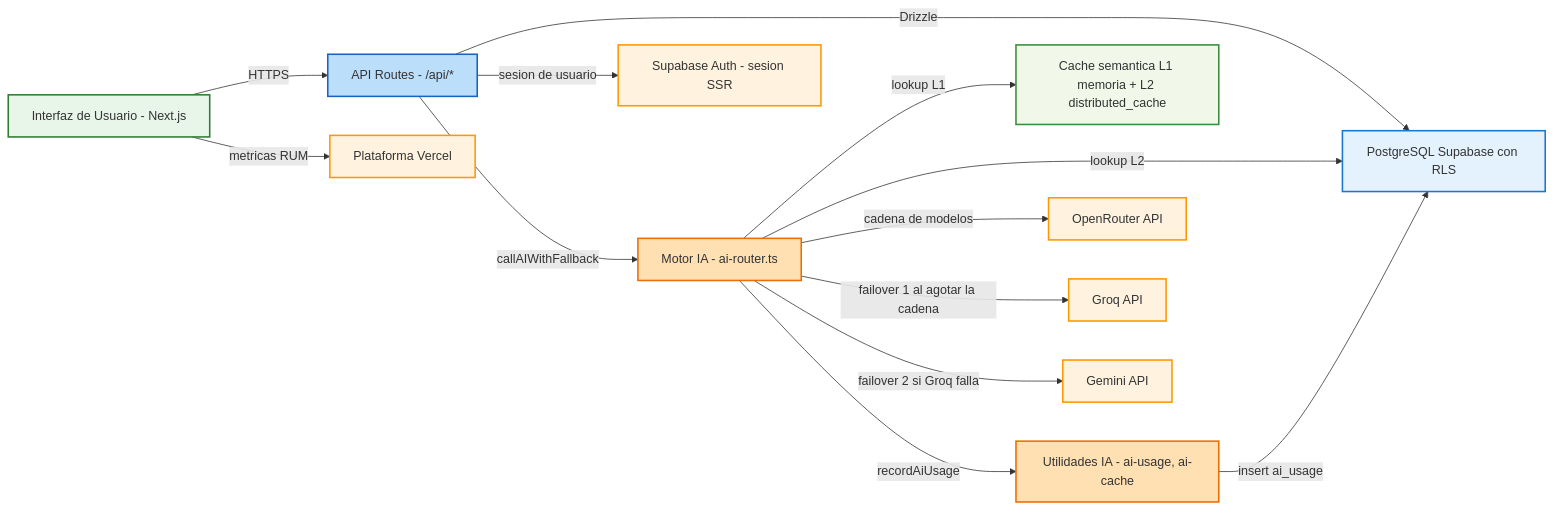
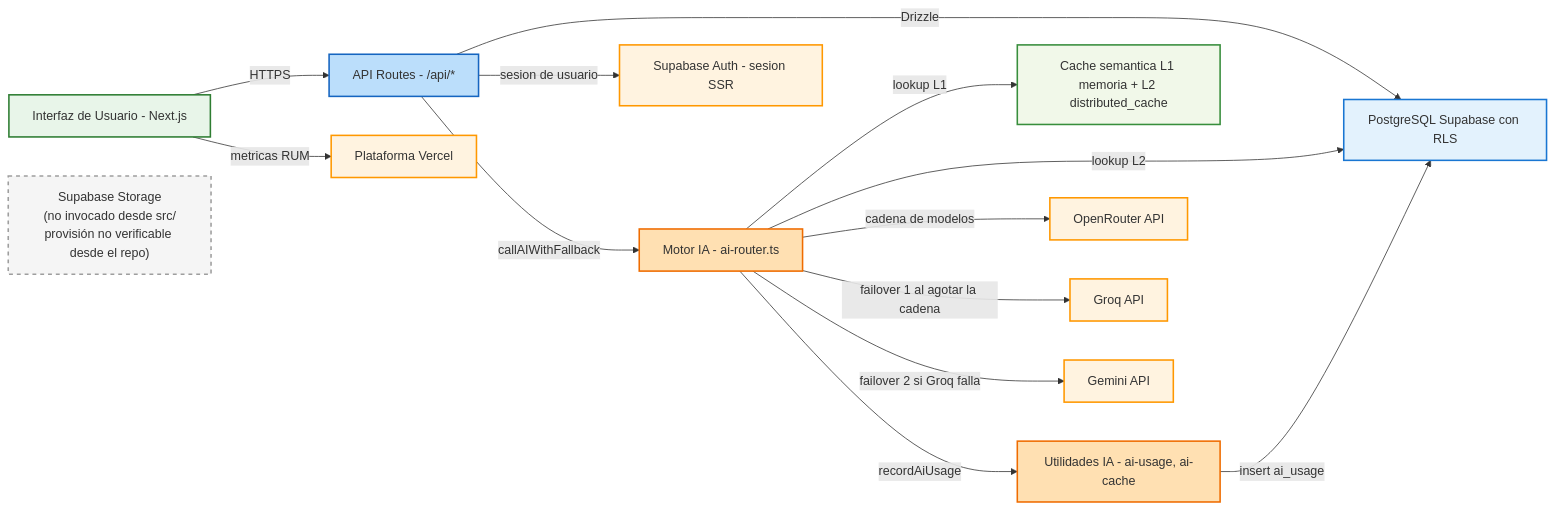
The third of 5 diagrams in docs/architecture/MERMAID-DIAGRAMS.md (StrategicConnex/StrategicConnexAudit), drawn with Mermaid before and after one commit. The commit also changed other lines of this file, not shown here.

Commit message:
docs(architecture): add Storage node marked as not invoked from src
- Added STORAGE node in FIG-003 (§18) with 'unused' style (no edges)
- Updated §14 to reference the node instead of duplicating text

🤖 Generated with Codebuff

````diff
--- a/docs/architecture/MERMAID-DIAGRAMS.md
+++ b/docs/architecture/MERMAID-DIAGRAMS.md
@@ -199,34 +199,36 @@
 ```mermaid
 flowchart LR
     classDef frontend fill:#e8f5e9,stroke:#2e7d32,stroke-width:2px;
     classDef api fill:#bbdefb,stroke:#1565c0,stroke-width:2px;
     classDef ai fill:#ffe0b2,stroke:#ef6c00,stroke-width:2px;
     classDef db fill:#e3f2fd,stroke:#1976d2,stroke-width:2px;
     classDef cache fill:#f1f8e9,stroke:#388e3c,stroke-width:2px;
     classDef external fill:#fff3e0,stroke:#ff9800,stroke-width:2px;
+    classDef unused fill:#f5f5f5,stroke:#9e9e9e,stroke-width:2px,stroke-dasharray: 5 5;
 
     UI["Interfaz de Usuario - Next.js"]:::frontend
     API["API Routes - /api/*"]:::api
     VERCEL["Plataforma Vercel"]:::external
     SUPABASE["Supabase Auth - sesion SSR"]:::external
+    STORAGE["Supabase Storage<br/>(no invocado desde src/<br/>provisión no verificable desde el repo)"]:::unused
     AI["Motor IA - ai-router.ts"]:::ai
     CACHE["Cache semantica L1 memoria + L2 distributed_cache"]:::cache
     UTILS["Utilidades IA - ai-usage, ai-cache"]:::ai
     OPENROUTER["OpenRouter API"]:::external
     GROQ["Groq API"]:::external
     GEMINI["Gemini API"]:::external
     DB["PostgreSQL Supabase con RLS"]:::db
 
     UI -->|HTTPS| API
     UI -->|metricas RUM| VERCEL
     API -->|Drizzle| DB
     API -->|sesion de usuario| SUPABASE
     API -->|callAIWithFallback| AI
     AI -->|lookup L1| CACHE
     AI -->|lookup L2| DB
     AI -->|cadena de modelos| OPENROUTER
     AI -->|failover 1 al agotar la cadena| GROQ
     AI -->|failover 2 si Groq falla| GEMINI
     AI -->|recordAiUsage| UTILS
     UTILS -->|insert ai_usage| DB
 ```
````
